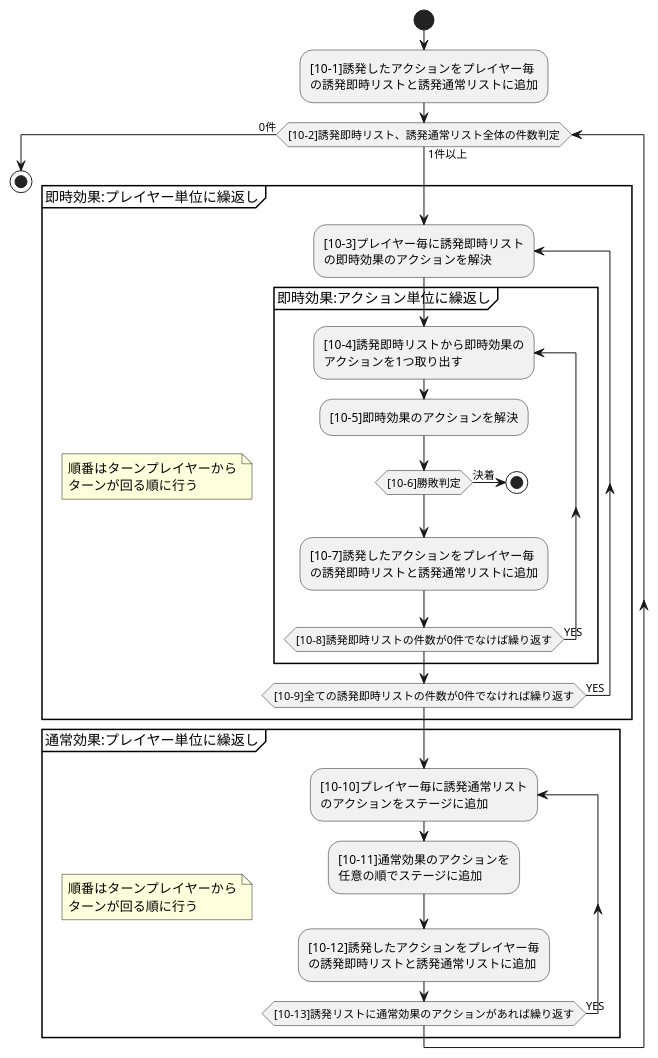
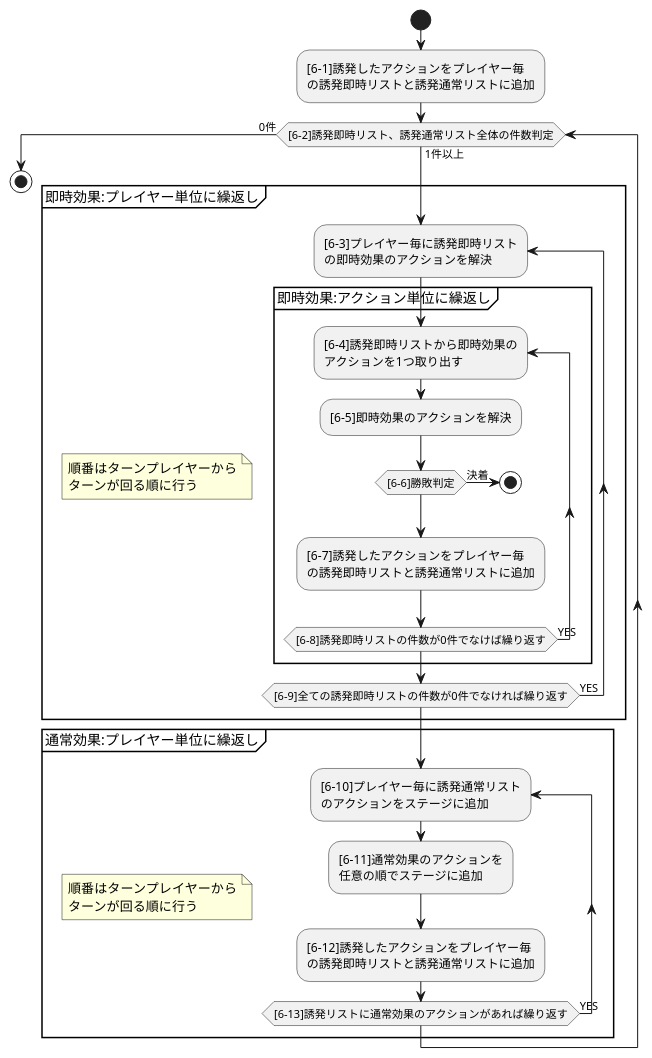
One commit to BlackPoker/BlackPoker changed the diagram in source/core/triggerflow.puml. Above: the diagram before and after it, drawn with PlantUML. The commit also changed 2 other files, not shown here.

```diff
--- a/source/core/triggerflow.puml
+++ b/source/core/triggerflow.puml
@@ -1,36 +1,36 @@
 @startuml
 start
-:[10-1]誘発したアクションをプレイヤー毎\nの誘発即時リストと誘発通常リストに追加;
-while([10-2]誘発即時リスト、誘発通常リスト全体の件数判定) is (1件以上)
+:[6-1]誘発したアクションをプレイヤー毎\nの誘発即時リストと誘発通常リストに追加;
+while([6-2]誘発即時リスト、誘発通常リスト全体の件数判定) is (1件以上)
     group 即時効果:プレイヤー単位に繰返し
     note
         順番はターンプレイヤーから
         ターンが回る順に行う
     end note
-    repeat :[10-3]プレイヤー毎に誘発即時リスト\nの即時効果のアクションを解決;
+    repeat :[6-3]プレイヤー毎に誘発即時リスト\nの即時効果のアクションを解決;
         group 即時効果:アクション単位に繰返し
-        repeat :[10-4]誘発即時リストから即時効果の\nアクションを1つ取り出す;
-            :[10-5]即時効果のアクションを解決;
-            if([10-6]勝敗判定) then (決着)
+        repeat :[6-4]誘発即時リストから即時効果の\nアクションを1つ取り出す;
+            :[6-5]即時効果のアクションを解決;
+            if([6-6]勝敗判定) then (決着)
                 stop
             endif
-            :[10-7]誘発したアクションをプレイヤー毎\nの誘発即時リストと誘発通常リストに追加;
-        repeat while ([10-8]誘発即時リストの件数が0件でなけば繰り返す) is (YES)
+            :[6-7]誘発したアクションをプレイヤー毎\nの誘発即時リストと誘発通常リストに追加;
+        repeat while ([6-8]誘発即時リストの件数が0件でなけば繰り返す) is (YES)
         end group
-    repeat while([10-9]全ての誘発即時リストの件数が0件でなければ繰り返す) is (YES)
+    repeat while([6-9]全ての誘発即時リストの件数が0件でなければ繰り返す) is (YES)
     end group
 
     group 通常効果:プレイヤー単位に繰返し
     note
         順番はターンプレイヤーから
         ターンが回る順に行う
     end note
-    repeat :[10-10]プレイヤー毎に誘発通常リスト\nのアクションをステージに追加;
-        :[10-11]通常効果のアクションを\n任意の順でステージに追加;
-        :[10-12]誘発したアクションをプレイヤー毎\nの誘発即時リストと誘発通常リストに追加;
-    repeat while ([10-13]誘発リストに通常効果のアクションがあれば繰り返す) is (YES)
+    repeat :[6-10]プレイヤー毎に誘発通常リスト\nのアクションをステージに追加;
+        :[6-11]通常効果のアクションを\n任意の順でステージに追加;
+        :[6-12]誘発したアクションをプレイヤー毎\nの誘発即時リストと誘発通常リストに追加;
+    repeat while ([6-13]誘発リストに通常効果のアクションがあれば繰り返す) is (YES)
     end group
 
 endwhile (0件)
     stop
 @enduml
```
